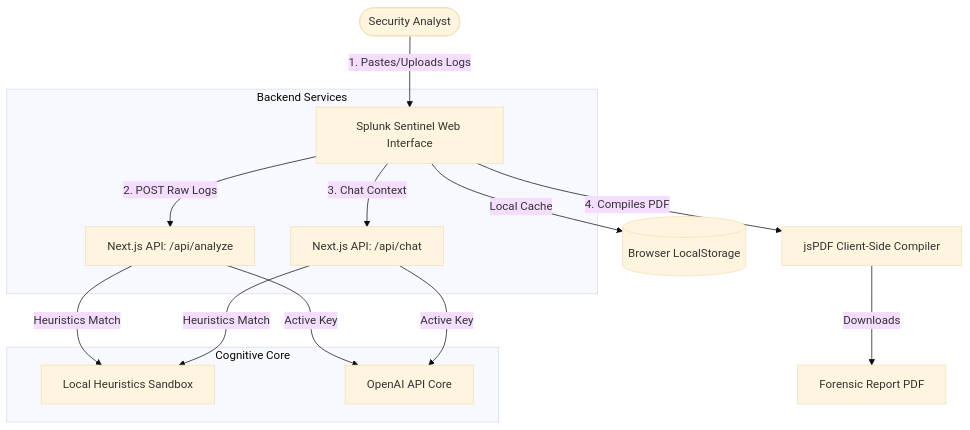
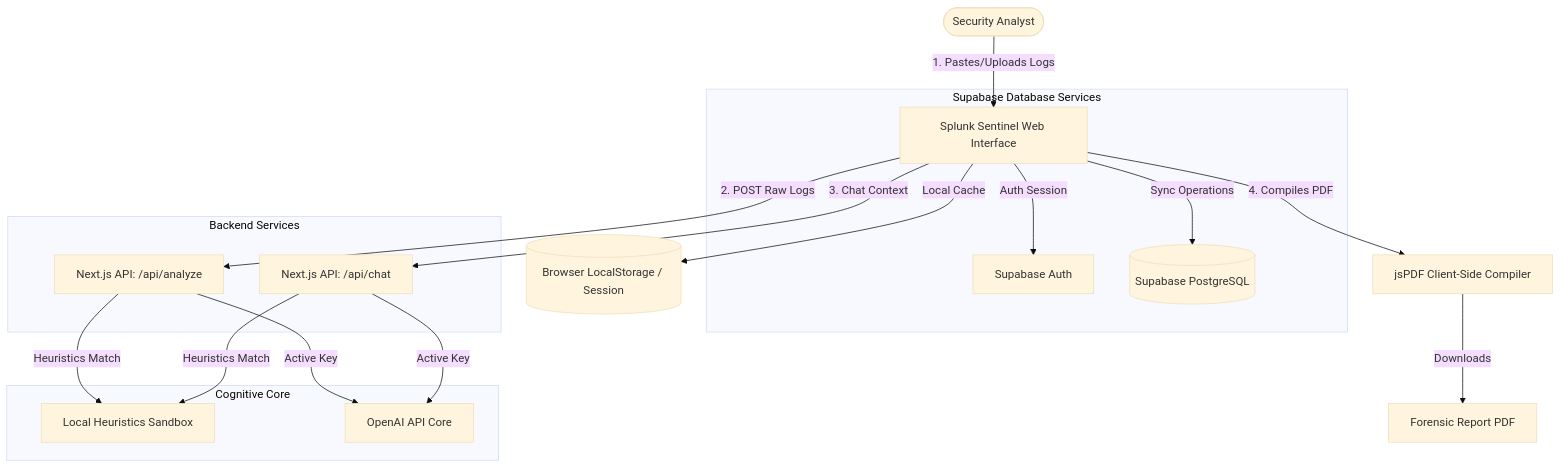
Before and after one commit to ByteBlaze1706/Splunk-Sentinel: the diagram in README.md, drawn with Mermaid (base theme). The commit also changed other lines of this file and 8 other files, not shown here.

Commit message:
Upgrade to Splunk Sentinel V2.0: Supabase Auth/DB, Recharts SOC Dashboard, Analyst Timelines, PDF Report Center, and Next.js 15 lint fixes

````diff
--- a/README.md
+++ b/README.md
@@ -186,20 +103,25 @@
 ```mermaid
 graph TD
     User([Security Analyst]) -->|1. Pastes/Uploads Logs| WebUI[Splunk Sentinel Web Interface]
-    WebUI -->|Local Cache| LocalStorage[(Browser LocalStorage)]
+    WebUI -->|Local Cache| LocalStorage[(Browser LocalStorage / Session)]
     
+    subgraph Supabase Database Services
+        WebUI -->|Auth Session| Auth[Supabase Auth]
+        WebUI -->|Sync Operations| DB[(Supabase PostgreSQL)]
+    end
+
     subgraph Backend Services
         WebUI -->|2. POST Raw Logs| API_Analyze[Next.js API: /api/analyze]
         WebUI -->|3. Chat Context| API_Chat[Next.js API: /api/chat]
     end
     
     subgraph Cognitive Core
         API_Analyze -->|Heuristics Match| Heuristics[Local Heuristics Sandbox]
         API_Analyze -->|Active Key| OpenAI[OpenAI API Core]
         API_Chat -->|Heuristics Match| Heuristics
         API_Chat -->|Active Key| OpenAI
     end
     
     WebUI -->|4. Compiles PDF| jsPDF[jsPDF Client-Side Compiler]
     jsPDF -->|Downloads| PDFReport[Forensic Report PDF]
 ```
````
